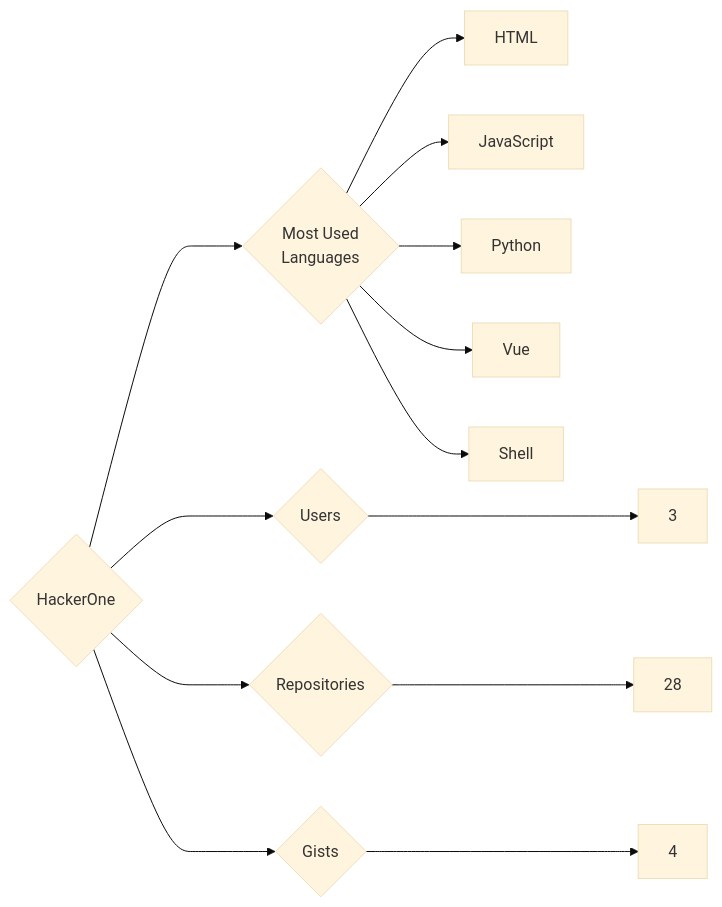
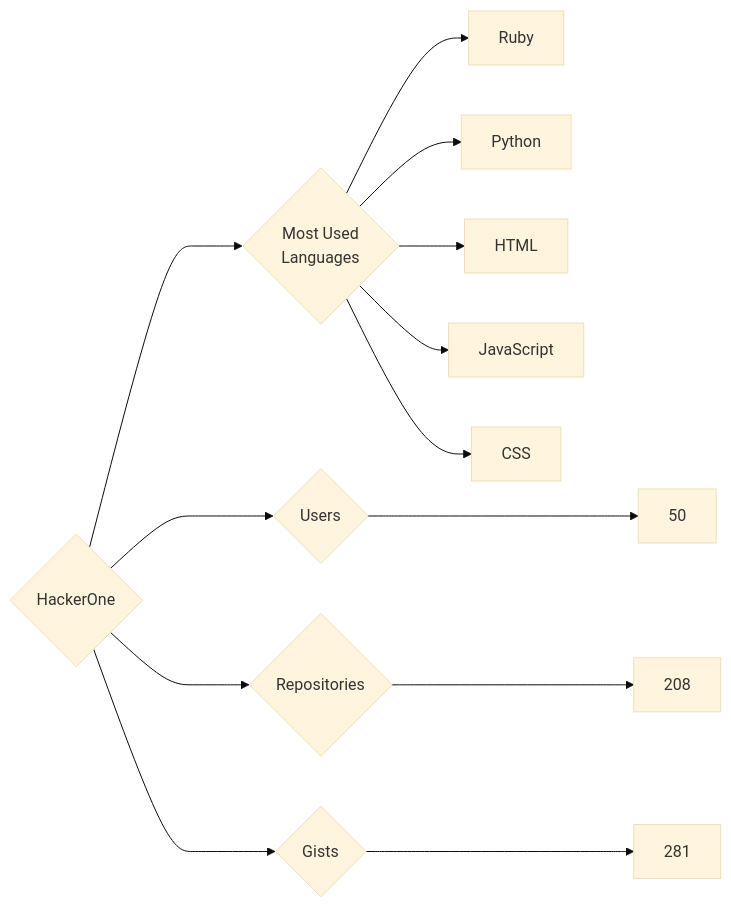
The diagram in targets/HackerOne/README.md (trickest/insiders), drawn with Mermaid (base theme) before and after one commit. The commit also changed 775 other files, not shown here.

````diff
--- a/targets/HackerOne/README.md
+++ b/targets/HackerOne/README.md
@@ -3,13 +3,13 @@
 ```mermaid
 graph LR
 COMPANY_NAME{HackerOne}
-COMPANY_NAME ---> U{Users} ---> UN[3]
-COMPANY_NAME ---> R{Repositories} ---> RN[28]
-COMPANY_NAME ---> G{Gists} ---> GN[4]
+COMPANY_NAME ---> U{Users} ---> UN[50]
+COMPANY_NAME ---> R{Repositories} ---> RN[208]
+COMPANY_NAME ---> G{Gists} ---> GN[281]
 COMPANY_NAME ---> ML{Most Used<br>Languages}
+ML --> Ruby[Ruby]
+ML --> Python[Python]
 ML --> HTML[HTML]
 ML --> JavaScript[JavaScript]
-ML --> Python[Python]
-ML --> Vue[Vue]
-ML --> Shell[Shell]
+ML --> CSS[CSS]
 ```
````
